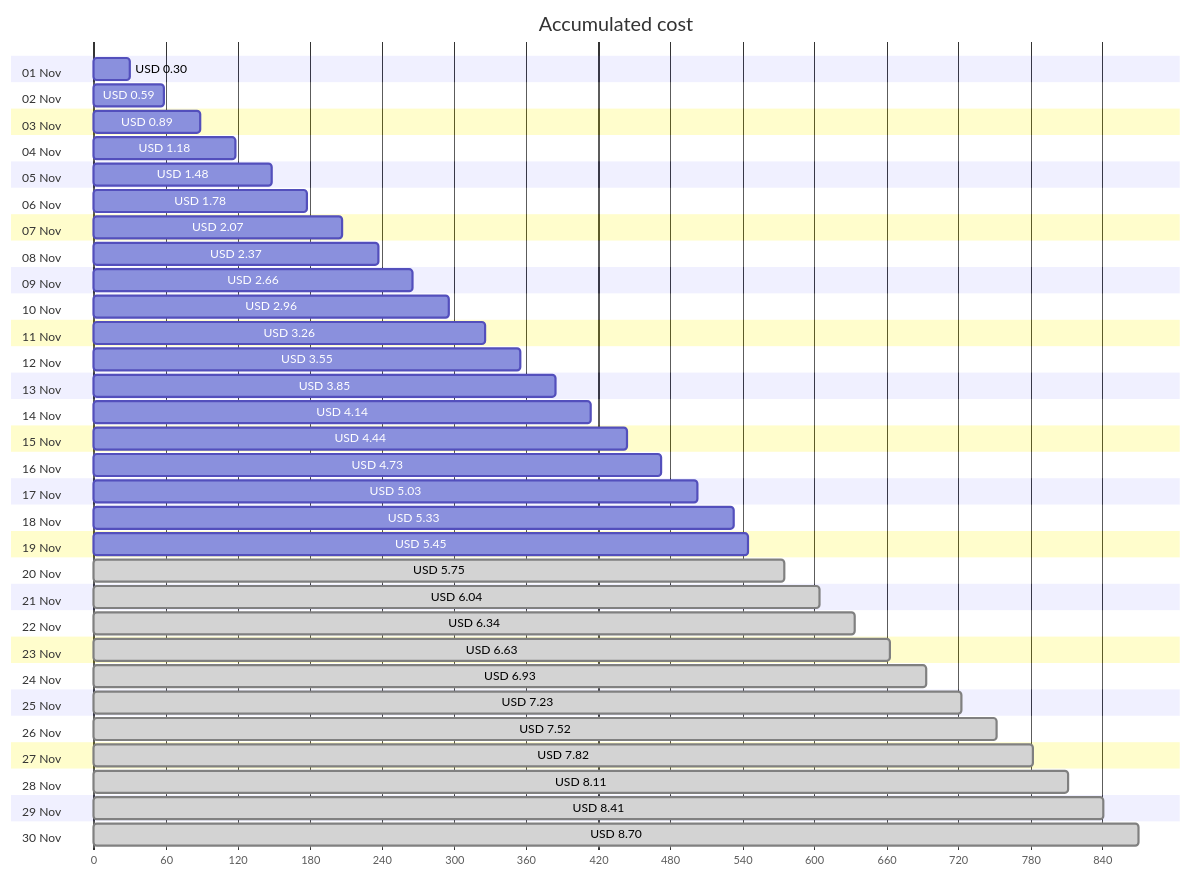
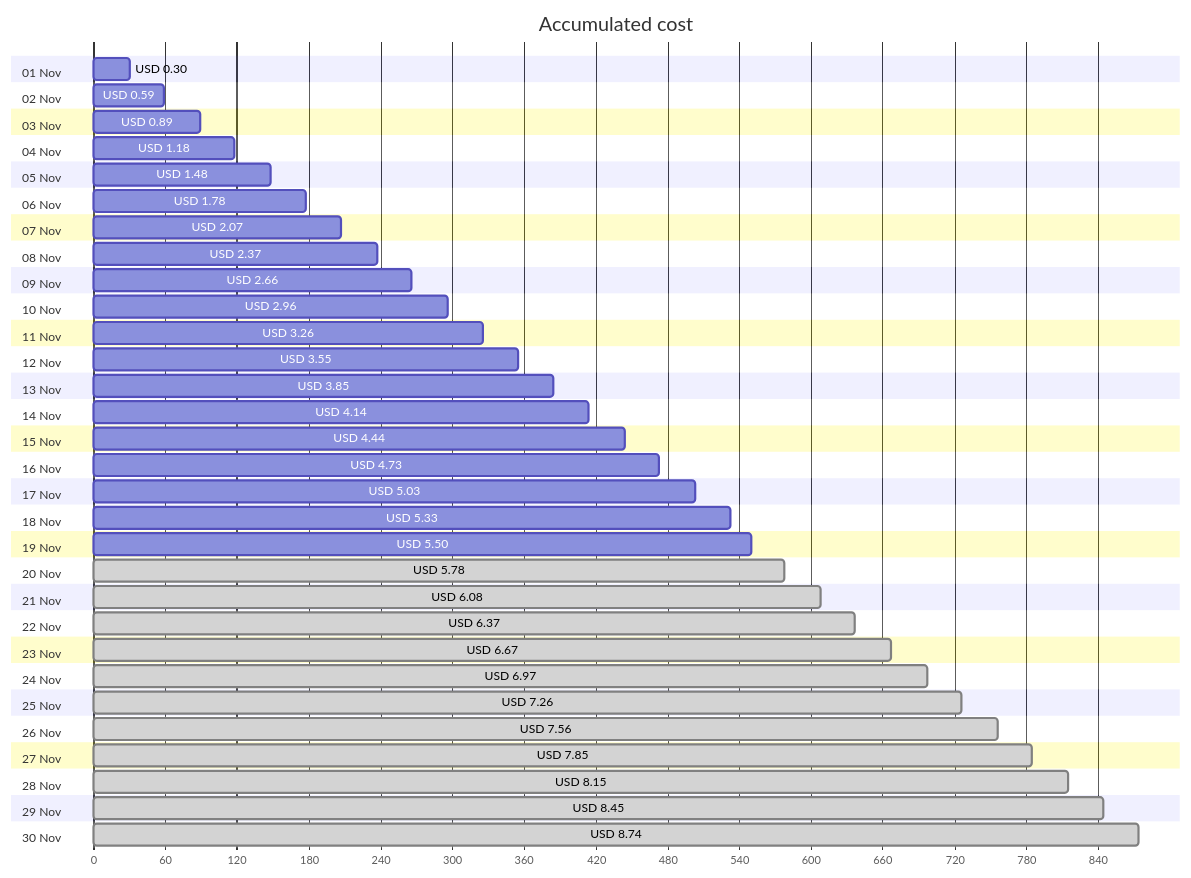
One commit to jpfulton/azure-personal-reports changed the first of 4 diagrams in cost-reports/personal-site/personal-site-preview.md. Above: the diagram before and after it, drawn with Mermaid. The commit also changed other lines of this file and 6 other files, not shown here.

````diff
--- a/cost-reports/personal-site/personal-site-preview.md
+++ b/cost-reports/personal-site/personal-site-preview.md
@@ -20,66 +20,66 @@
 ```mermaid
 gantt
    title Accumulated cost
    dateFormat  X
    axisFormat %s
    section 01 Nov
    USD 0.30 :0, 30
    section 02 Nov
    USD 0.59 :0, 59
    section 03 Nov
    USD 0.89 :0, 89
    section 04 Nov
    USD 1.18 :0, 118
    section 05 Nov
    USD 1.48 :0, 148
    section 06 Nov
    USD 1.78 :0, 178
    section 07 Nov
    USD 2.07 :0, 207
    section 08 Nov
    USD 2.37 :0, 237
    section 09 Nov
    USD 2.66 :0, 266
    section 10 Nov
    USD 2.96 :0, 296
    section 11 Nov
    USD 3.26 :0, 326
    section 12 Nov
    USD 3.55 :0, 355
    section 13 Nov
    USD 3.85 :0, 385
    section 14 Nov
    USD 4.14 :0, 414
    section 15 Nov
    USD 4.44 :0, 444
    section 16 Nov
    USD 4.73 :0, 473
    section 17 Nov
    USD 5.03 :0, 503
    section 18 Nov
    USD 5.33 :0, 533
    section 19 Nov
-   USD 5.45 :0, 545
+   USD 5.50 :0, 550
    section 20 Nov
-   USD 5.75 : done, 0, 575
+   USD 5.78 : done, 0, 578
    section 21 Nov
-   USD 6.04 : done, 0, 604
+   USD 6.08 : done, 0, 608
    section 22 Nov
-   USD 6.34 : done, 0, 634
+   USD 6.37 : done, 0, 637
    section 23 Nov
-   USD 6.63 : done, 0, 663
+   USD 6.67 : done, 0, 667
    section 24 Nov
-   USD 6.93 : done, 0, 693
+   USD 6.97 : done, 0, 697
    section 25 Nov
-   USD 7.23 : done, 0, 723
+   USD 7.26 : done, 0, 726
    section 26 Nov
-   USD 7.52 : done, 0, 752
+   USD 7.56 : done, 0, 756
    section 27 Nov
-   USD 7.82 : done, 0, 782
+   USD 7.85 : done, 0, 785
    section 28 Nov
-   USD 8.11 : done, 0, 811
+   USD 8.15 : done, 0, 815
    section 29 Nov
-   USD 8.41 : done, 0, 841
+   USD 8.45 : done, 0, 845
    section 30 Nov
-   USD 8.70 : done, 0, 870
+   USD 8.74 : done, 0, 874
 ```
````
